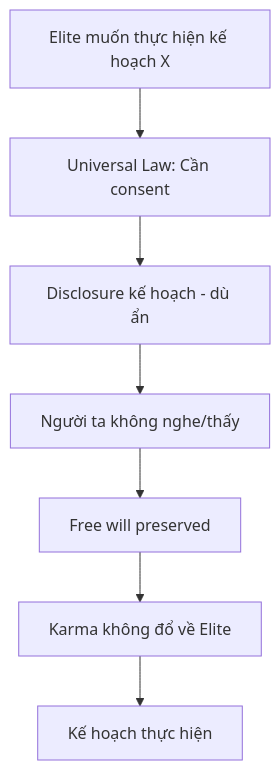
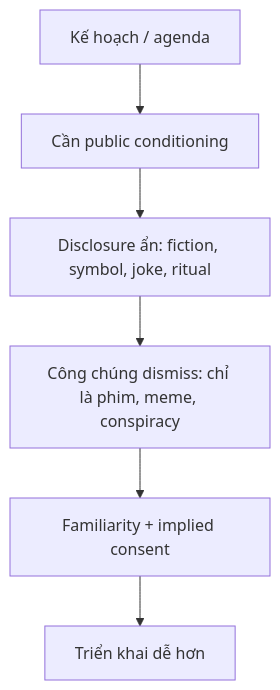
Before and after one commit to dyukahi/knowledge: the first of 2 diagrams in esoterica/Karma Disclosure - Truth Hidden In Plain Sight.md, drawn with Mermaid. The commit also changed other lines of this file and 6 other files, not shown here.

````diff
--- a/esoterica/Karma Disclosure - Truth Hidden In Plain Sight.md
+++ b/esoterica/Karma Disclosure - Truth Hidden In Plain Sight.md
@@ -28,12 +41,11 @@
 ```mermaid
 flowchart TD
-    A[Elite muốn thực hiện kế hoạch X]
-    B[Universal Law: Cần consent]
-    C[Disclosure kế hoạch - dù ẩn]
-    D["Người ta không nghe/thấy"]
-    E[Free will preserved]
-    F[Karma không đổ về Elite]
-    G[Kế hoạch thực hiện]
-    
-    A --> B --> C --> D --> E --> F --> G
+    A["Kế hoạch / agenda"]
+    B["Cần public conditioning"]
+    C["Disclosure ẩn: fiction, symbol, joke, ritual"]
+    D["Công chúng dismiss: chỉ là phim, meme, conspiracy"]
+    E["Familiarity + implied consent"]
+    F["Triển khai dễ hơn"]
+
+    A --> B --> C --> D --> E --> F
 ```
````
